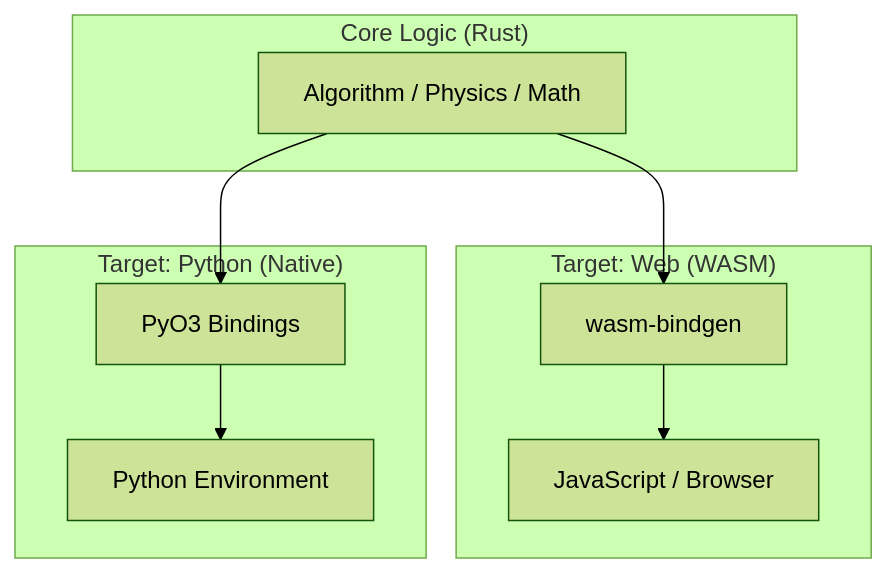
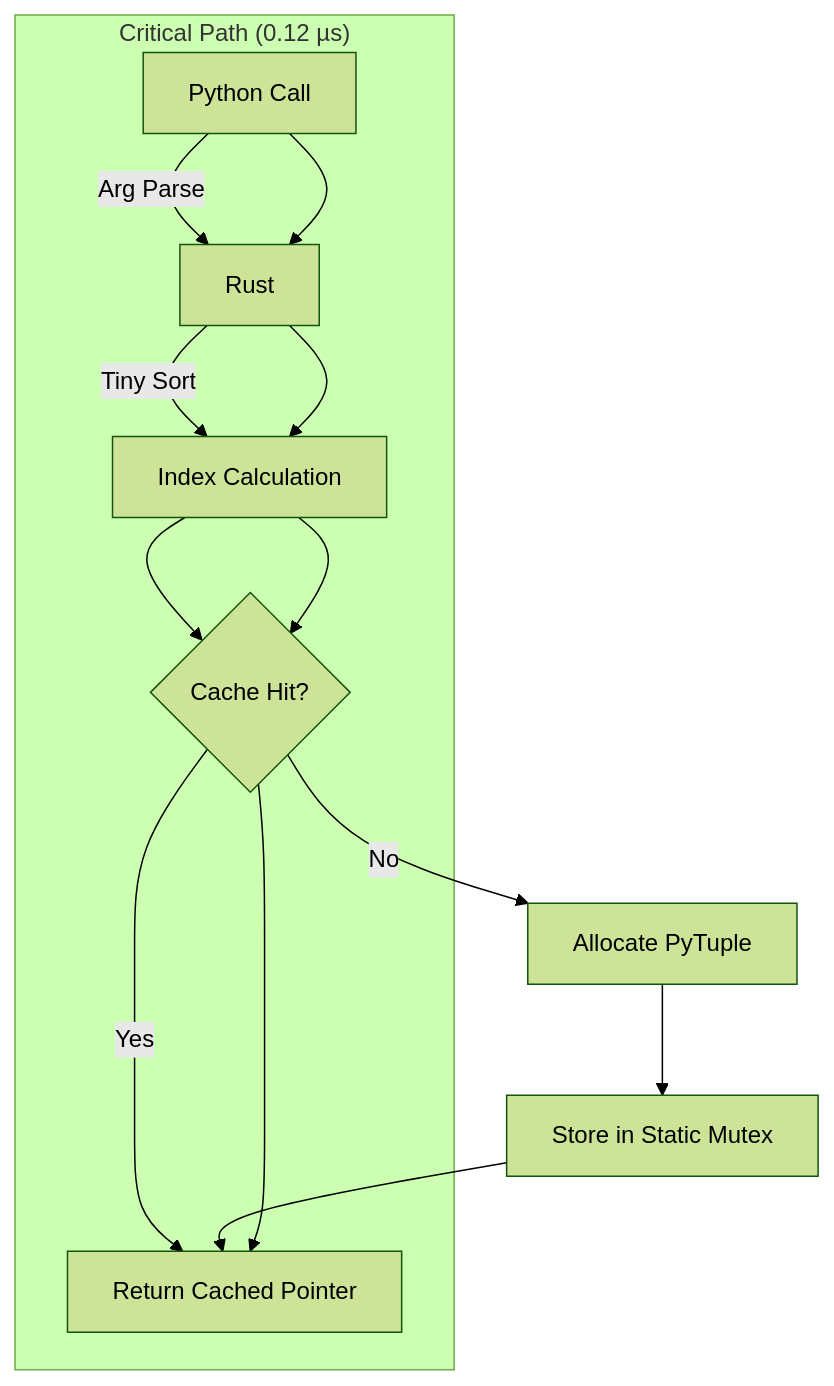
One commit to Funmatu/Make10 changed the diagram in README.md. Above: the diagram before and after it, drawn with Mermaid (forest theme). The commit also changed other lines of this file and 10 other files, not shown here.

````diff
--- a/README.md
+++ b/README.md
@@ -18,18 +40,16 @@
 ```mermaid
 graph TD
-    subgraph "Core Logic (Rust)"
-        Alg[Algorithm / Physics / Math]
+    Call[Python Call] -->|Arg Parse| Rust
+    Rust -->|Tiny Sort| Idx[Index Calculation]
+    Idx --> Check{Cache Hit?}
+    
+    Check -- Yes --> Return[Return Cached Pointer]
+    Check -- No --> Alloc[Allocate PyTuple]
+    Alloc --> Store[Store in Static Mutex]
+    Store --> Return
+    
+    subgraph "Critical Path (0.12 µs)"
+        Call --> Rust --> Idx --> Check --> Return
     end
 
-    subgraph "Target: Web (WASM)"
-        WB[wasm-bindgen]
-        JS[JavaScript / Browser]
-        Alg --> WB --> JS
-    end
-
-    subgraph "Target: Python (Native)"
-        PyO3[PyO3 Bindings]
-        Py[Python Environment]
-        Alg --> PyO3 --> Py
-    end
 ```
````
